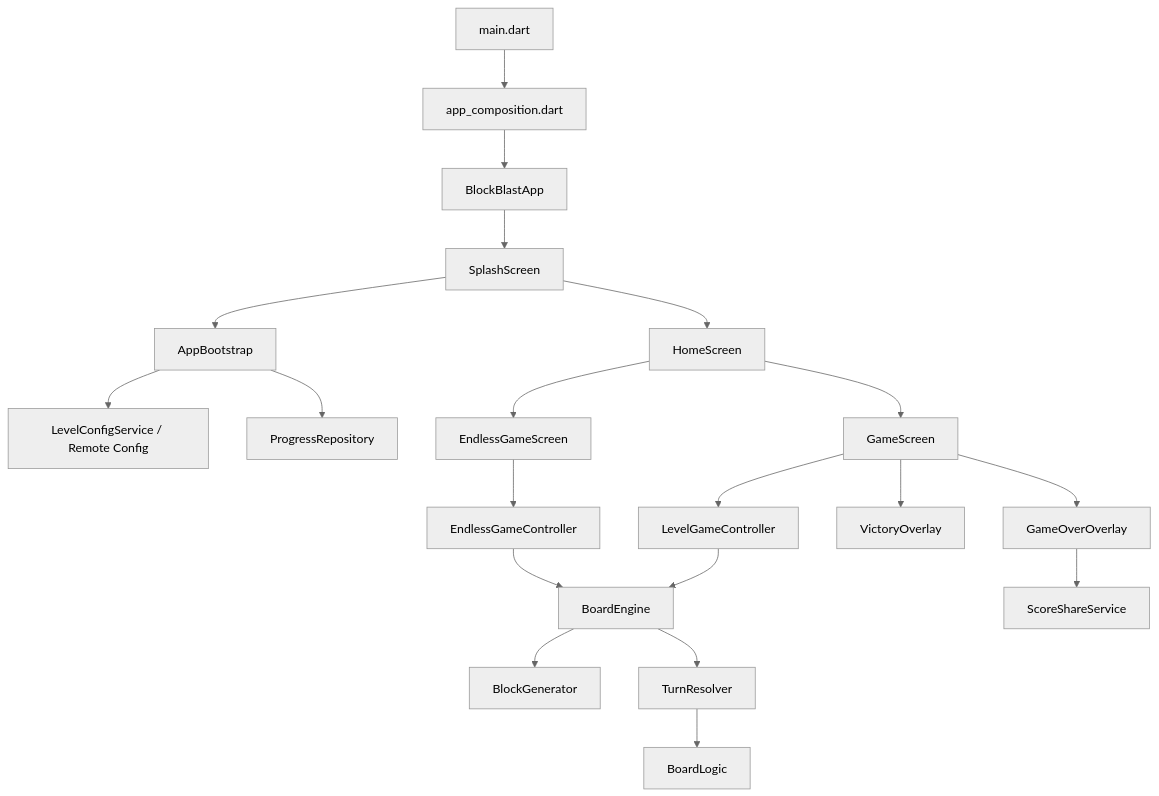
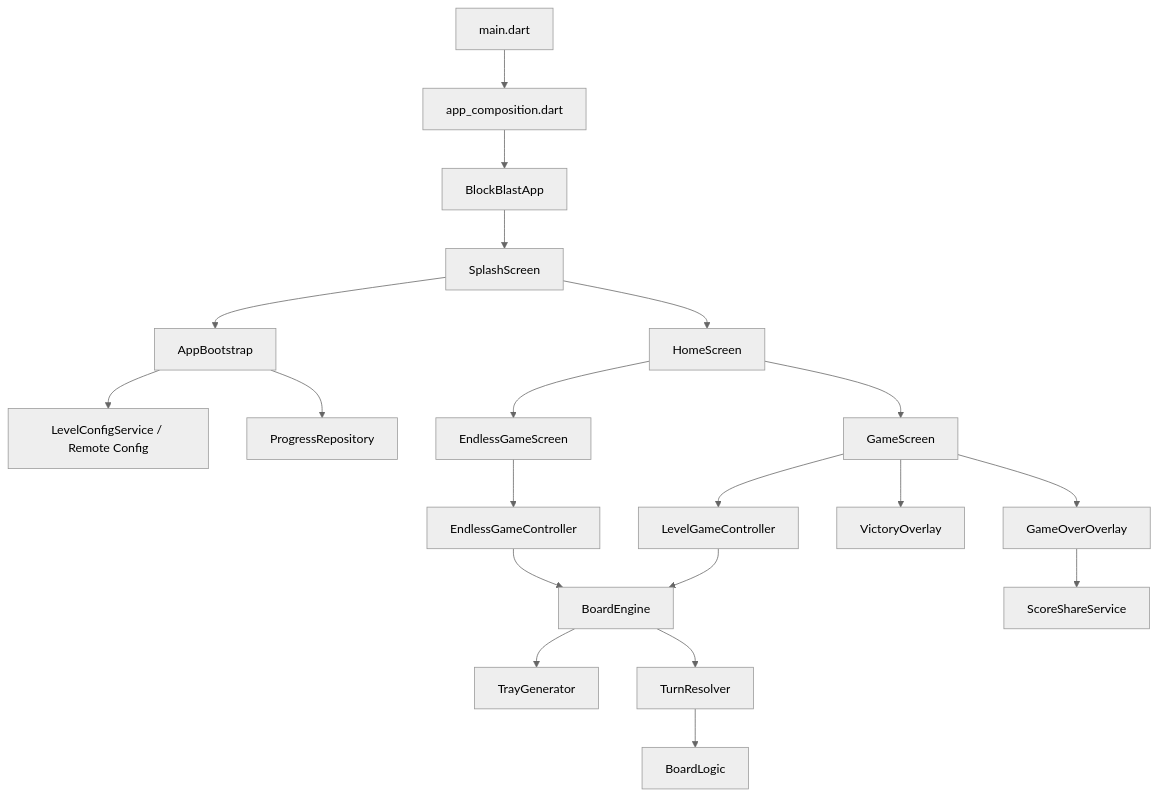
The first of 3 diagrams in aidlc/spaces/default/codekb/block-crush-game-main/architecture.md (hoanghungchelseafcnew-ops/blockblast), drawn with Mermaid (neutral theme) before and after one commit. The commit also changed other lines of this file and 281 other files, not shown here.

````diff
--- a/aidlc/spaces/default/codekb/block-crush-game-main/architecture.md
+++ b/aidlc/spaces/default/codekb/block-crush-game-main/architecture.md
@@ -7,22 +7,22 @@
 ```mermaid
 flowchart TD
   main[main.dart] --> comp[app_composition.dart]
   comp --> app[BlockBlastApp]
   app --> splash[SplashScreen]
   splash --> boot[AppBootstrap]
   boot --> rc[LevelConfigService / Remote Config]
   boot --> prog[ProgressRepository]
   splash --> home[HomeScreen]
   home --> gs[GameScreen]
   home --> es[EndlessGameScreen]
   gs --> lgc[LevelGameController]
   es --> egc[EndlessGameController]
   lgc --> eng[BoardEngine]
   egc --> eng
-  eng --> gen[BlockGenerator]
+  eng --> gen[TrayGenerator]
   eng --> tr[TurnResolver]
   tr --> bl[BoardLogic]
   gs --> vo[VictoryOverlay]
   gs --> go[GameOverOverlay]
   go --> share[ScoreShareService]
 ```
````
